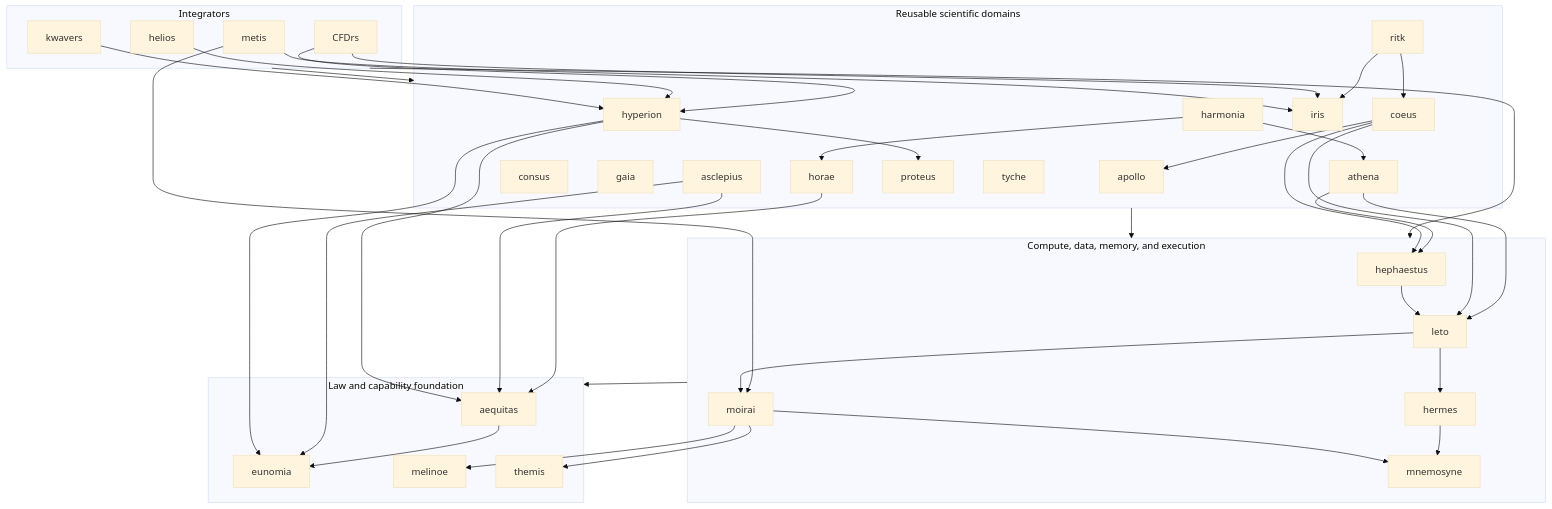
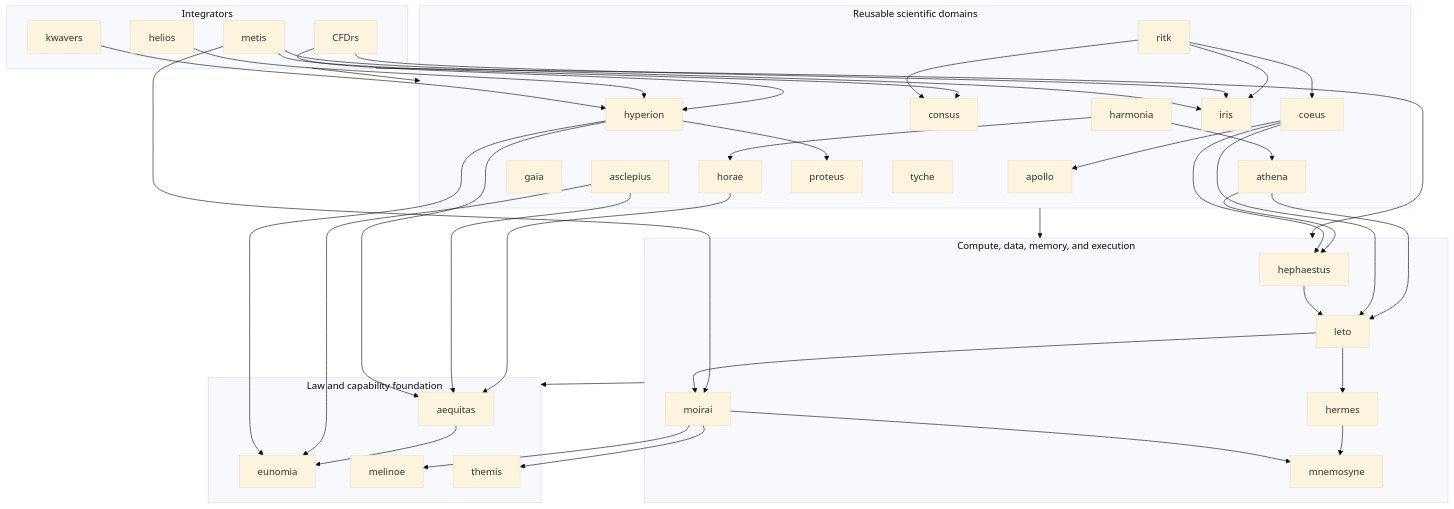
One commit to ryancinsight/atlas changed the diagram in README.md. Above: the diagram before and after it, drawn with Mermaid (base theme). The commit also changed other lines of this file and 1 other file, not shown here.

````diff
--- a/README.md
+++ b/README.md
@@ -150,74 +150,76 @@
 ```mermaid
 flowchart TB
     subgraph Integrators
         CFDrs
         helios
         kwavers
         metis
     end
 
     subgraph Domains["Reusable scientific domains"]
         apollo
         asclepius
         coeus
         consus
         gaia
         harmonia
         hyperion
         horae
         iris
         athena
         proteus
         ritk
         tyche
     end
 
     subgraph Compute["Compute, data, memory, and execution"]
         hephaestus
         hermes
         leto
         mnemosyne
         moirai
     end
 
     subgraph Foundation["Law and capability foundation"]
         aequitas
         eunomia
         melinoe
         themis
     end
 
     Integrators --> Domains
+    metis --> consus
+    ritk --> consus
     Integrators --> Compute
     Domains --> Compute
     Compute --> Foundation
     aequitas --> eunomia
     horae --> aequitas
     athena --> leto
     athena --> hephaestus
     harmonia --> horae
     harmonia --> athena
     asclepius --> aequitas
     asclepius --> eunomia
     hyperion --> aequitas
     hyperion --> eunomia
     hyperion --> proteus
     CFDrs --> hyperion
     helios --> hyperion
     kwavers --> hyperion
     ritk --> iris
     CFDrs --> iris
     metis --> iris
     metis --> moirai
     coeus --> apollo
     coeus --> leto
     coeus --> hephaestus
     ritk --> coeus
     hephaestus --> leto
     leto --> hermes
     leto --> moirai
     hermes --> mnemosyne
     moirai --> mnemosyne
     moirai --> melinoe
     moirai --> themis
 ```
````
